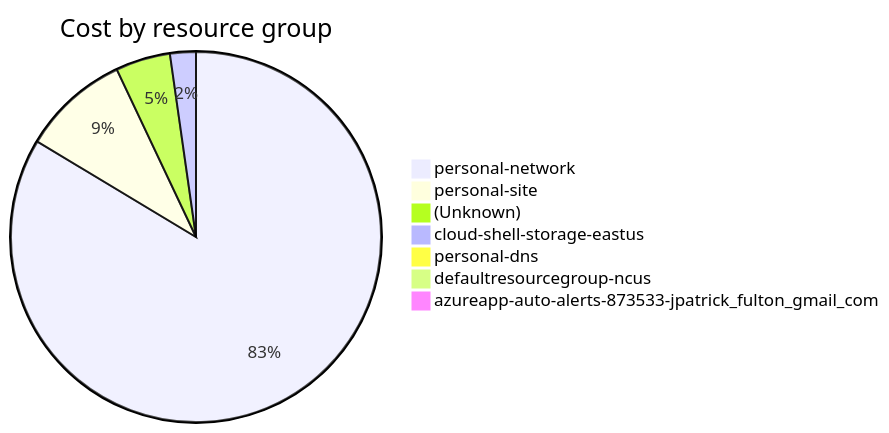
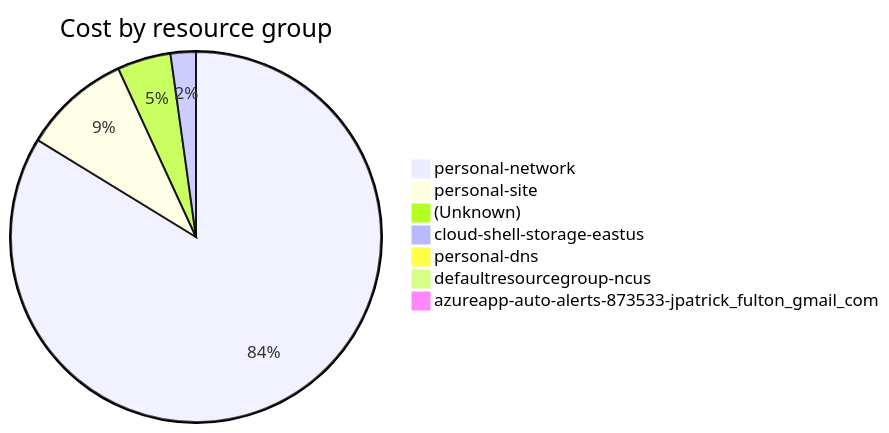
Before and after one commit to jpfulton/azure-personal-reports: the fourth of 4 diagrams in cost-reports/accumulated-cost.md, drawn with Mermaid. The commit also changed other lines of this file and 4 other files, not shown here.

````diff
--- a/cost-reports/accumulated-cost.md
+++ b/cost-reports/accumulated-cost.md
@@ -159,11 +159,11 @@
 ```mermaid
 pie
    title Cost by resource group
-   "personal-network" : 207.56
-   "personal-site" : 23.23
-   "(Unknown)" : 11.85
-   "cloud-shell-storage-eastus" : 5.60
-   "personal-dns" : 0.68
+   "personal-network" : 212.88
+   "personal-site" : 23.83
+   "(Unknown)" : 11.88
+   "cloud-shell-storage-eastus" : 5.61
+   "personal-dns" : 0.72
    "defaultresourcegroup-ncus" : 0.00
    "azureapp-auto-alerts-873533-jpatrick_fulton_gmail_com" : 0.00
 ```
````
